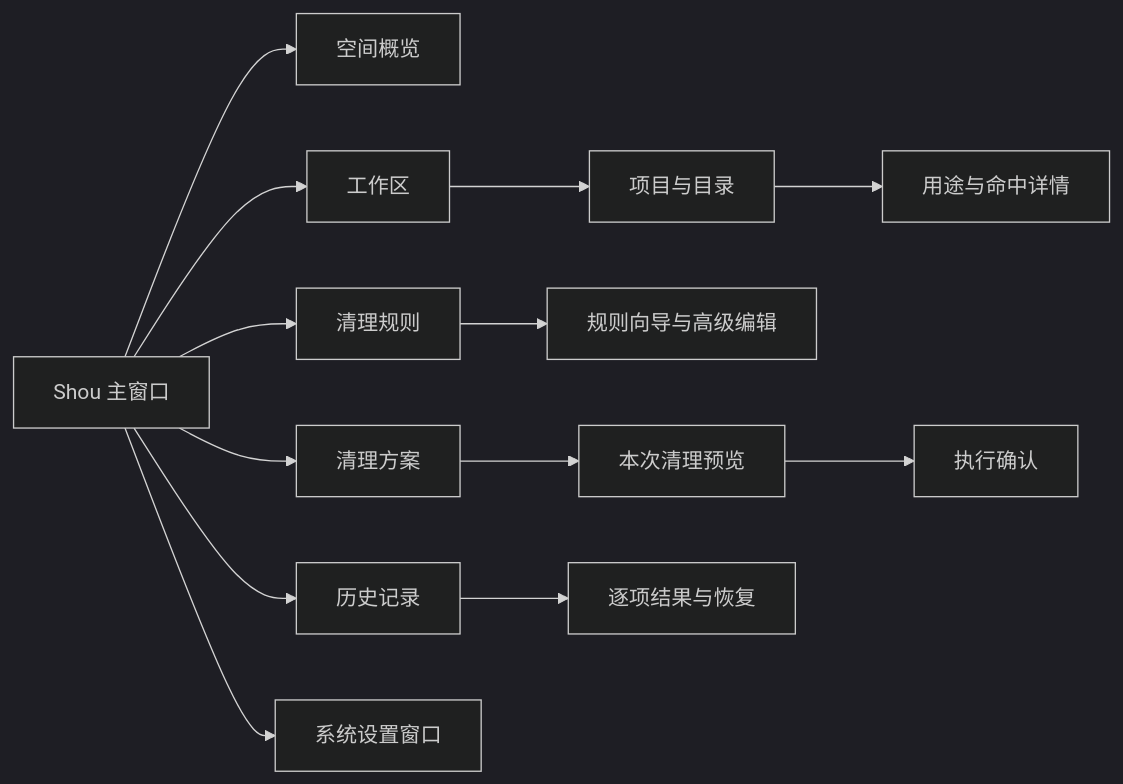
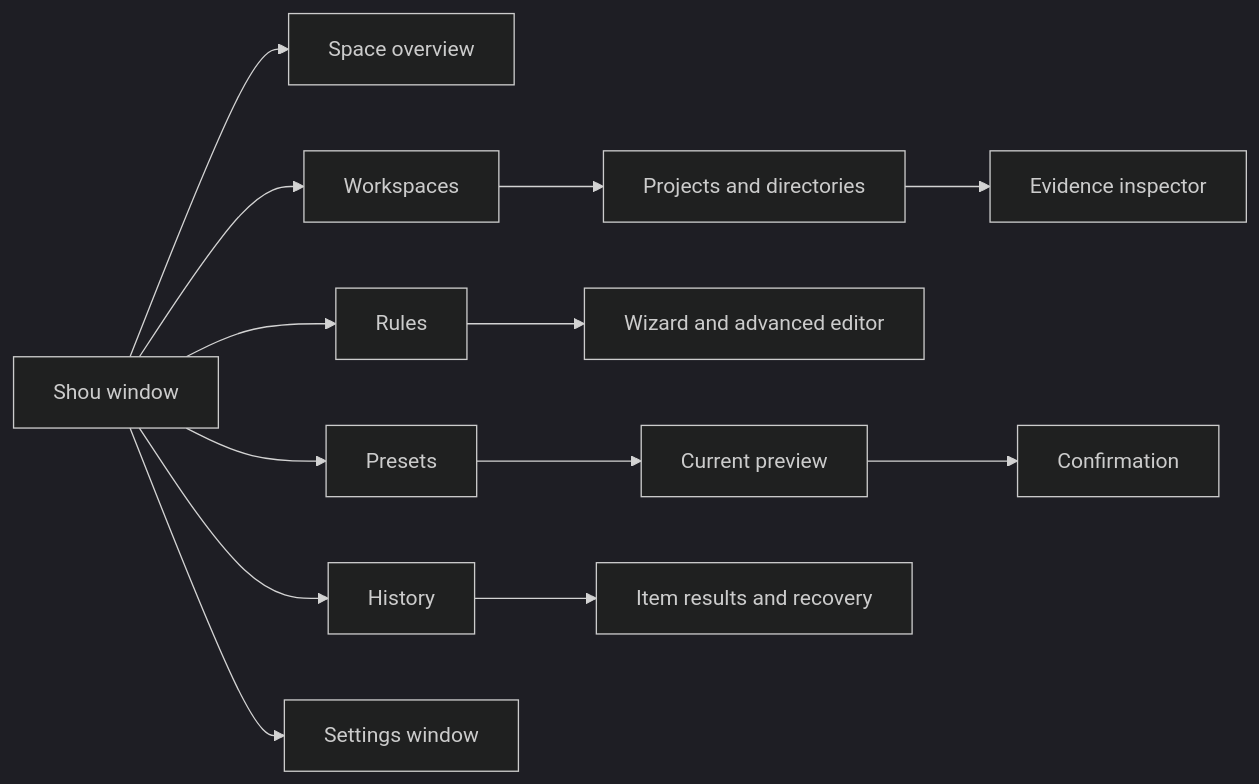
One commit to limecloud/shou changed the diagram in docs/product/macos-experience.md. Above: the diagram before and after it, drawn with Mermaid (dark theme). The commit also changed other lines of this file and 46 other files, not shown here.

````diff
--- a/docs/product/macos-experience.md
+++ b/docs/product/macos-experience.md
@@ -13,15 +13,15 @@
 ```mermaid
 flowchart LR
-    App[Shou 主窗口] --> Overview[空间概览]
-    App --> Workspaces[工作区]
-    App --> Rules[清理规则]
-    App --> Plans[清理方案]
-    App --> History[历史记录]
-    Workspaces --> Projects[项目与目录]
-    Projects --> Inspector[用途与命中详情]
-    Rules --> Editor[规则向导与高级编辑]
-    Plans --> Preview[本次清理预览]
-    Preview --> Confirmation[执行确认]
-    History --> Receipt[逐项结果与恢复]
-    App --> Settings[系统设置窗口]
+    App[Shou window] --> Overview[Space overview]
+    App --> Workspaces[Workspaces]
+    App --> Rules[Rules]
+    App --> Presets[Presets]
+    App --> History[History]
+    Workspaces --> Projects[Projects and directories]
+    Projects --> Inspector[Evidence inspector]
+    Rules --> Editor[Wizard and advanced editor]
+    Presets --> Preview[Current preview]
+    Preview --> Confirm[Confirmation]
+    History --> Receipt[Item results and recovery]
+    App --> Settings[Settings window]
 ```
````
